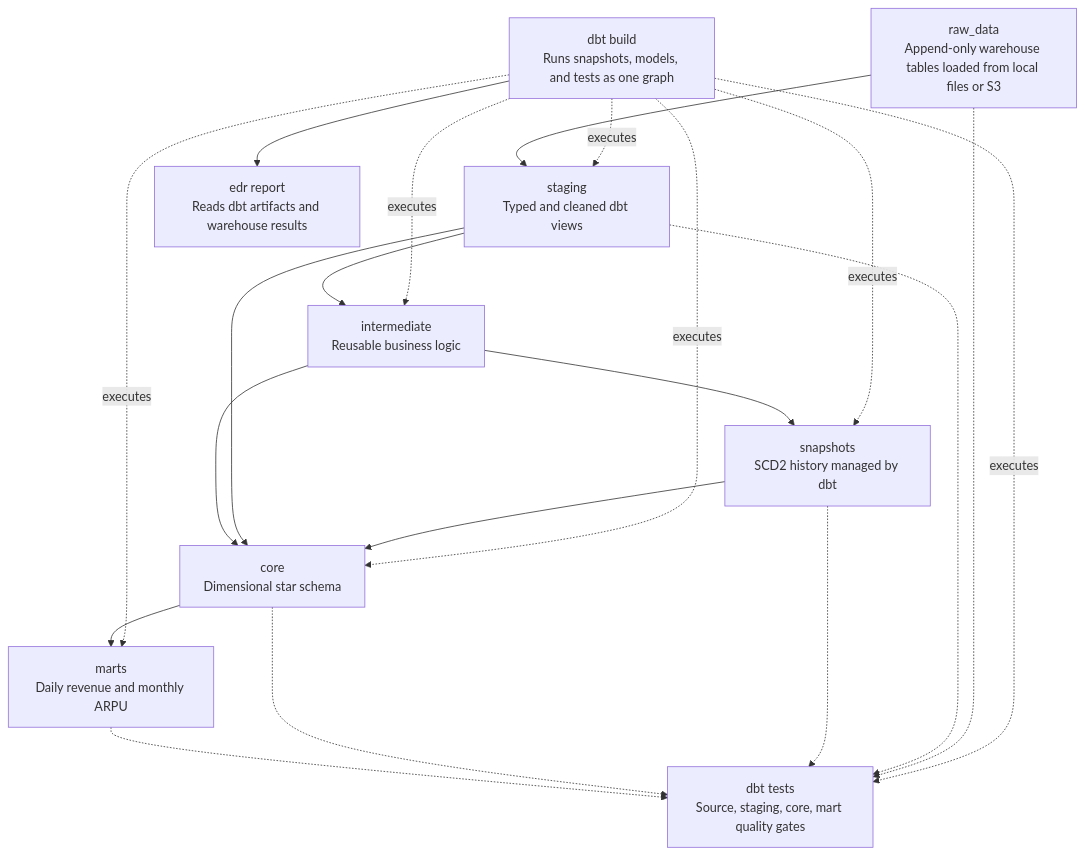
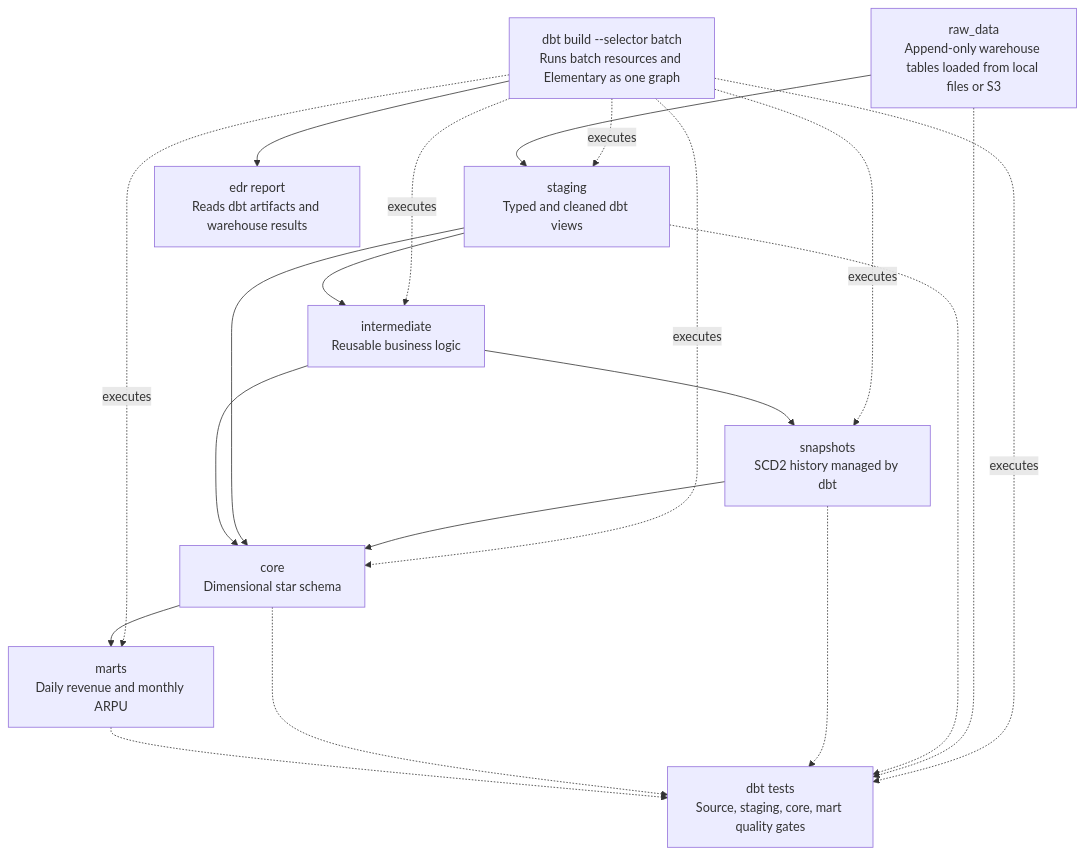
One commit to evgenii-karpov/olist-mds changed the third of 6 diagrams in docs/diagrams.md. Above: the diagram before and after it, drawn with Mermaid. The commit also changed other lines of this file and 32 other files, not shown here.

Commit message:
refactor(dbt): isolate batch and realtime execution paths

````diff
--- a/docs/diagrams.md
+++ b/docs/diagrams.md
@@ -93,34 +93,34 @@
 ```mermaid
 flowchart TB
     raw["raw_data\nAppend-only warehouse tables loaded from local files or S3"]
     staging["staging\nTyped and cleaned dbt views"]
     intermediate["intermediate\nReusable business logic"]
     snapshots["snapshots\nSCD2 history managed by dbt"]
     core["core\nDimensional star schema"]
     marts["marts\nDaily revenue and monthly ARPU"]
-    build["dbt build\nRuns snapshots, models, and tests as one graph"]
+    build["dbt build --selector batch\nRuns batch resources and Elementary as one graph"]
     edr["edr report\nReads dbt artifacts and warehouse results"]
     tests["dbt tests\nSource, staging, core, mart quality gates"]
 
     build -.->|executes| staging
     build -.->|executes| intermediate
     build -.->|executes| snapshots
     build -.->|executes| core
     build -.->|executes| marts
     build -.->|executes| tests
     build --> edr
 
     raw --> staging
     staging --> intermediate
     intermediate --> snapshots
     snapshots --> core
     staging --> core
     intermediate --> core
     core --> marts
 
     raw -.-> tests
     staging -.-> tests
     snapshots -.-> tests
     core -.-> tests
     marts -.-> tests
 ```
````
